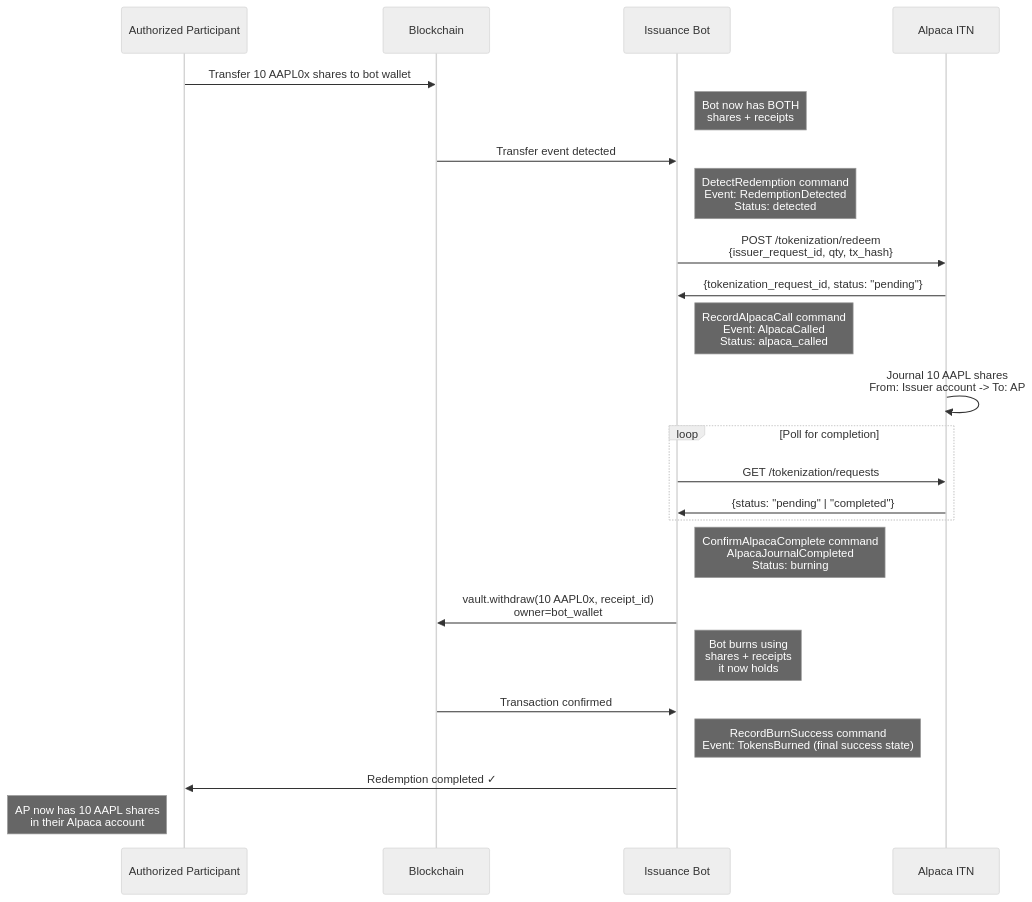
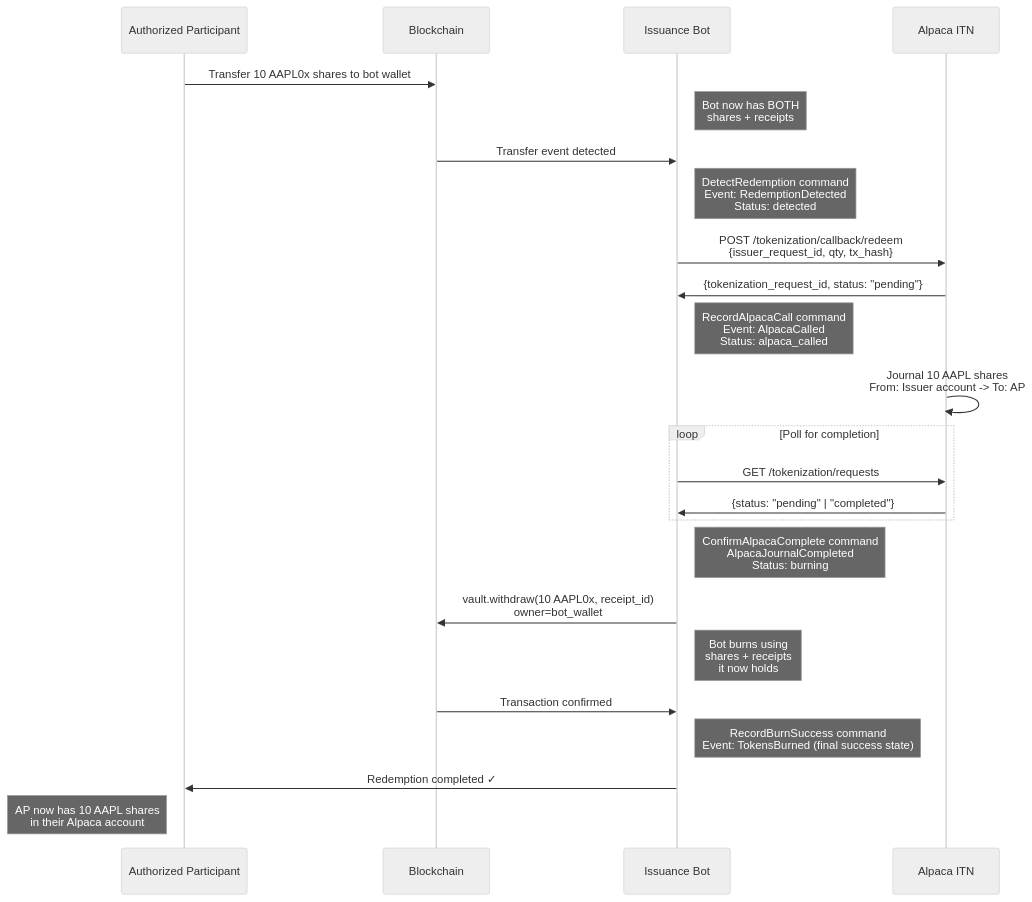
Before and after one commit to ST0x-Technology/st0x.issuance: the fifth of 7 diagrams in SPEC.md, drawn with Mermaid (neutral theme). The commit also changed other lines of this file and 5 other files, not shown here.

First line of the commit message:
fix: use Alpaca callback redeem endpoint (#157)

````diff
--- a/SPEC.md
+++ b/SPEC.md
@@ -1180,33 +1180,33 @@
 ```mermaid
 sequenceDiagram
     participant AP as Authorized Participant
     participant Blockchain as Blockchain
     participant Us as Issuance Bot
     participant Alpaca as Alpaca ITN
 
     AP->>Blockchain: Transfer 10 AAPL0x shares to bot wallet
     Note right of Us: Bot now has BOTH<br/>shares + receipts
     Blockchain->>Us: Transfer event detected
     Note right of Us: DetectRedemption command<br/>Event: RedemptionDetected<br/>Status: detected
 
-    Us->>Alpaca: POST /tokenization/redeem<br/>{issuer_request_id, qty, tx_hash}
+    Us->>Alpaca: POST /tokenization/callback/redeem<br/>{issuer_request_id, qty, tx_hash}
     Alpaca->>Us: {tokenization_request_id, status: "pending"}
     Note right of Us: RecordAlpacaCall command<br/>Event: AlpacaCalled<br/>Status: alpaca_called
 
     Alpaca->>Alpaca: Journal 10 AAPL shares<br/>From: Issuer account -> To: AP
 
     loop Poll for completion
         Us->>Alpaca: GET /tokenization/requests
         Alpaca->>Us: {status: "pending" | "completed"}
     end
 
     Note right of Us: ConfirmAlpacaComplete command<br/>AlpacaJournalCompleted<br/>Status: burning
 
     Us->>Blockchain: vault.withdraw(10 AAPL0x, receipt_id)<br/>owner=bot_wallet
     Note right of Us: Bot burns using<br/>shares + receipts<br/>it now holds
     Blockchain->>Us: Transaction confirmed
     Note right of Us: RecordBurnSuccess command<br/>Event: TokensBurned (final success state)
 
     Us->>AP: Redemption completed ✓
     Note left of AP: AP now has 10 AAPL shares<br/>in their Alpaca account
 ```
````
